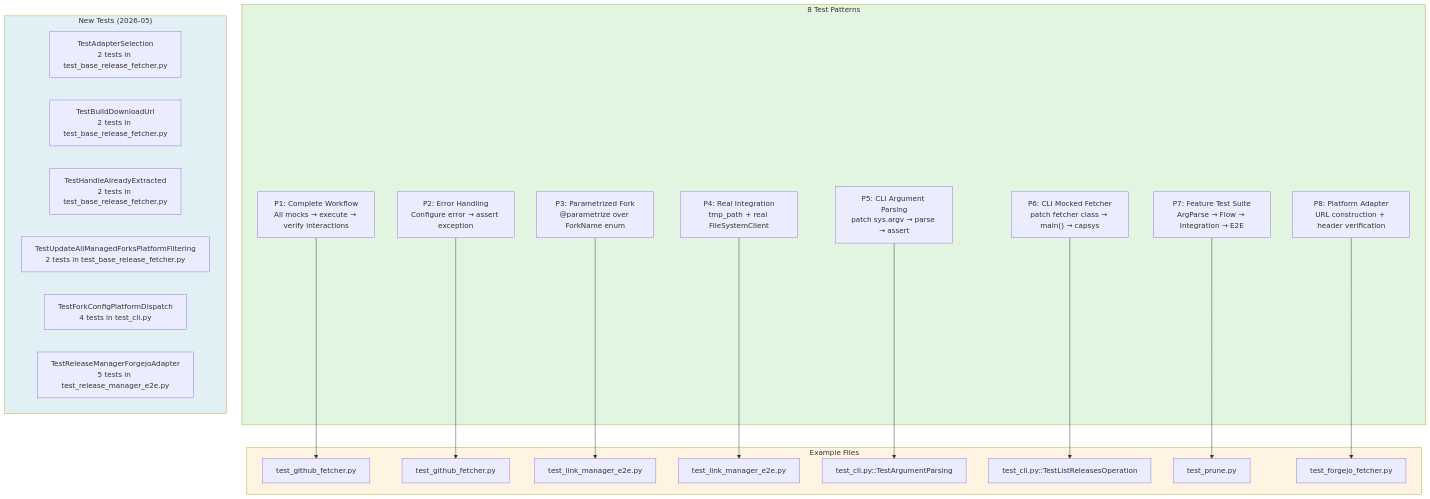
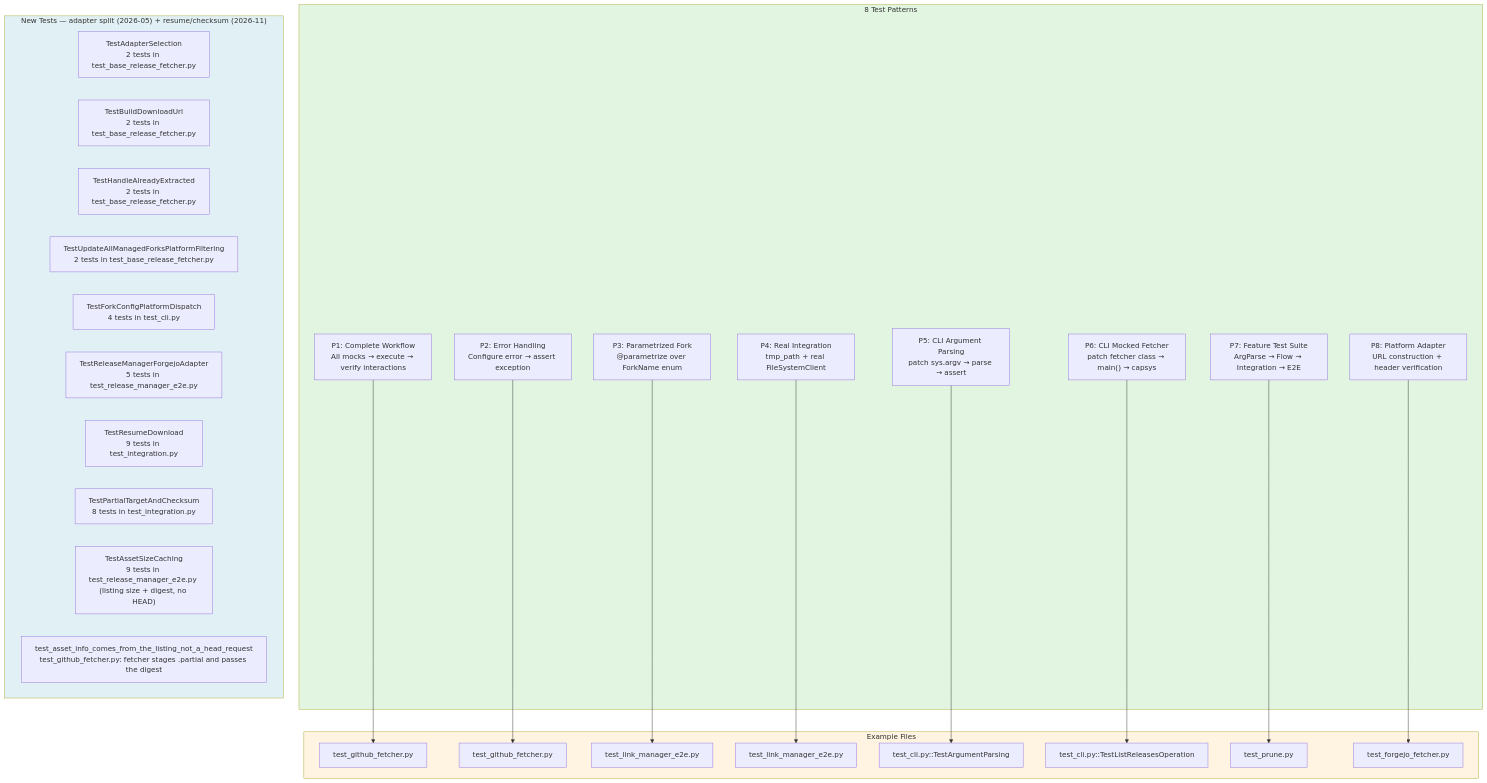
Before and after one commit to WombatFromHell/protonge-fetcher: the sixth of 16 diagrams in tests/TEST_DESIGN.md, drawn with Mermaid. The commit also changed other lines of this file and 11 other files, not shown here.

Commit message:
Implement partial-resume for downloads

````diff
--- a/tests/TEST_DESIGN.md
+++ b/tests/TEST_DESIGN.md
@@ -289,46 +293,50 @@
 ```mermaid
 graph TB
     subgraph PATTERNS["8 Test Patterns"]
         P1["P1: Complete Workflow<br/>All mocks → execute → verify interactions"]
         P2["P2: Error Handling<br/>Configure error → assert exception"]
         P3["P3: Parametrized Fork<br/>@parametrize over ForkName enum"]
         P4["P4: Real Integration<br/>tmp_path + real FileSystemClient"]
         P5["P5: CLI Argument Parsing<br/>patch sys.argv → parse → assert"]
         P6["P6: CLI Mocked Fetcher<br/>patch fetcher class → main() → capsys"]
         P7["P7: Feature Test Suite<br/>ArgParse → Flow → Integration → E2E"]
         P8["P8: Platform Adapter<br/>URL construction + header verification"]
     end
 
     subgraph EXAMPLES["Example Files"]
         E1["test_github_fetcher.py"]
         E2["test_github_fetcher.py"]
         E3["test_link_manager_e2e.py"]
         E4["test_link_manager_e2e.py"]
         E5["test_cli.py::TestArgumentParsing"]
         E6["test_cli.py::TestListReleasesOperation"]
         E7["test_prune.py"]
         E8["test_forgejo_fetcher.py"]
     end
 
-    subgraph NEW_TESTS["New Tests (2026-05)"]
+    subgraph NEW_TESTS["New Tests — adapter split (2026-05) + resume/checksum (2026-11)"]
         NT1["TestAdapterSelection<br/>2 tests in test_base_release_fetcher.py"]
         NT2["TestBuildDownloadUrl<br/>2 tests in test_base_release_fetcher.py"]
         NT3["TestHandleAlreadyExtracted<br/>2 tests in test_base_release_fetcher.py"]
         NT4["TestUpdateAllManagedForksPlatformFiltering<br/>2 tests in test_base_release_fetcher.py"]
         NT5["TestForkConfigPlatformDispatch<br/>4 tests in test_cli.py"]
         NT6["TestReleaseManagerForgejoAdapter<br/>5 tests in test_release_manager_e2e.py"]
+        NT7["TestResumeDownload<br/>9 tests in test_integration.py"]
+        NT8["TestPartialTargetAndChecksum<br/>8 tests in test_integration.py"]
+        NT9["TestAssetSizeCaching<br/>9 tests in test_release_manager_e2e.py (listing size + digest, no HEAD)"]
+        NT10["test_asset_info_comes_from_the_listing_not_a_head_request<br/>test_github_fetcher.py: fetcher stages .partial and passes the digest"]
     end
 
     P1 --> E1
     P2 --> E2
     P3 --> E3
     P4 --> E4
     P5 --> E5
     P6 --> E6
     P7 --> E7
     P8 --> E8
 
     style PATTERNS fill:#e1f5e1
     style EXAMPLES fill:#fff4e1
     style NEW_TESTS fill:#e1f0f5
 ```
````
